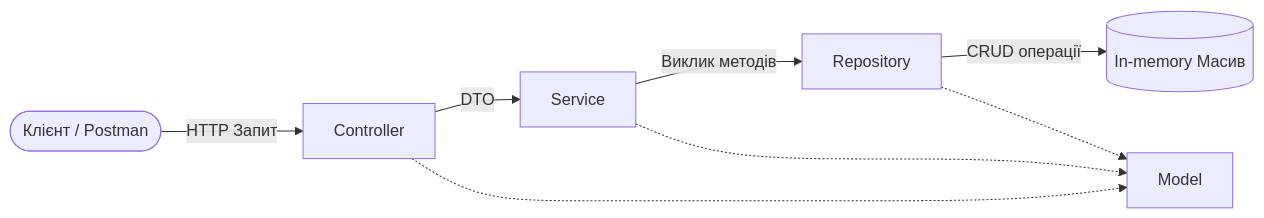
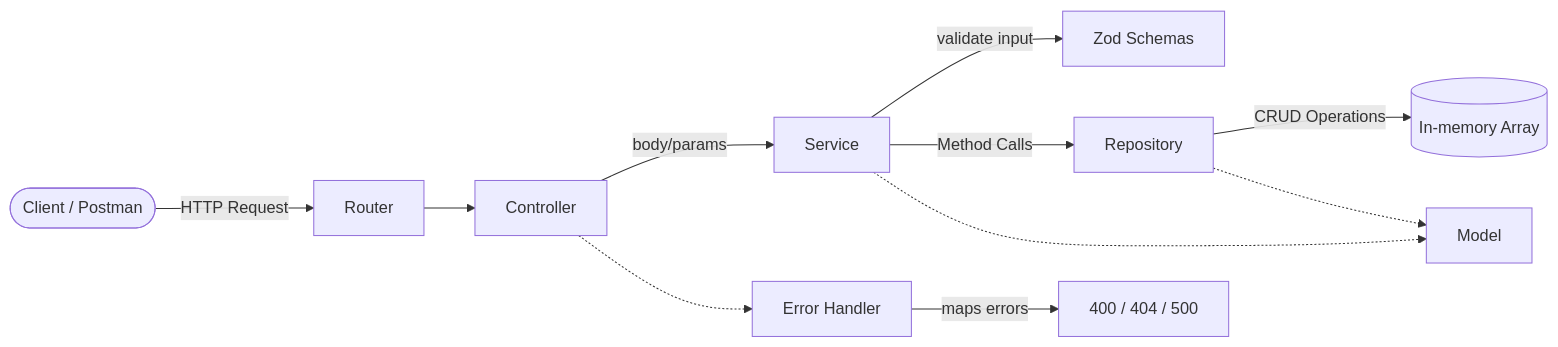
One commit to AnnKuts/2-course-kpi changed the diagram in src/docs/lab1.md. Above: the diagram before and after it, drawn with Mermaid. The commit also changed other lines of this file and 4 other files, not shown here.

````diff
--- a/src/docs/lab1.md
+++ b/src/docs/lab1.md
@@ -58,11 +53,14 @@
 ```mermaid
 graph LR
-    Client([Клієнт / Postman]) -->|HTTP Запит| Controller
-    Controller -->|DTO| Service
-    Service -->|Виклик методів| Repository
-    Repository -->|CRUD операції| Database[(In-memory Масив)]
+    Client([Client / Postman]) -->|HTTP Request| Router
+    Router --> Controller
+    Controller -->|body/params| Service
+    Service -->|validate input| Schemas[Zod Schemas]
+    Service -->|Method Calls| Repository
+    Repository -->|CRUD Operations| Storage[(In-memory Array)]
 
     Service -.-> Model
     Repository -.-> Model
-    Controller -.-> Model
+    Controller -.-> ErrorHandler[Error Handler]
+    ErrorHandler -->|maps errors| HttpStatus[400 / 404 / 500]
 ```
````
